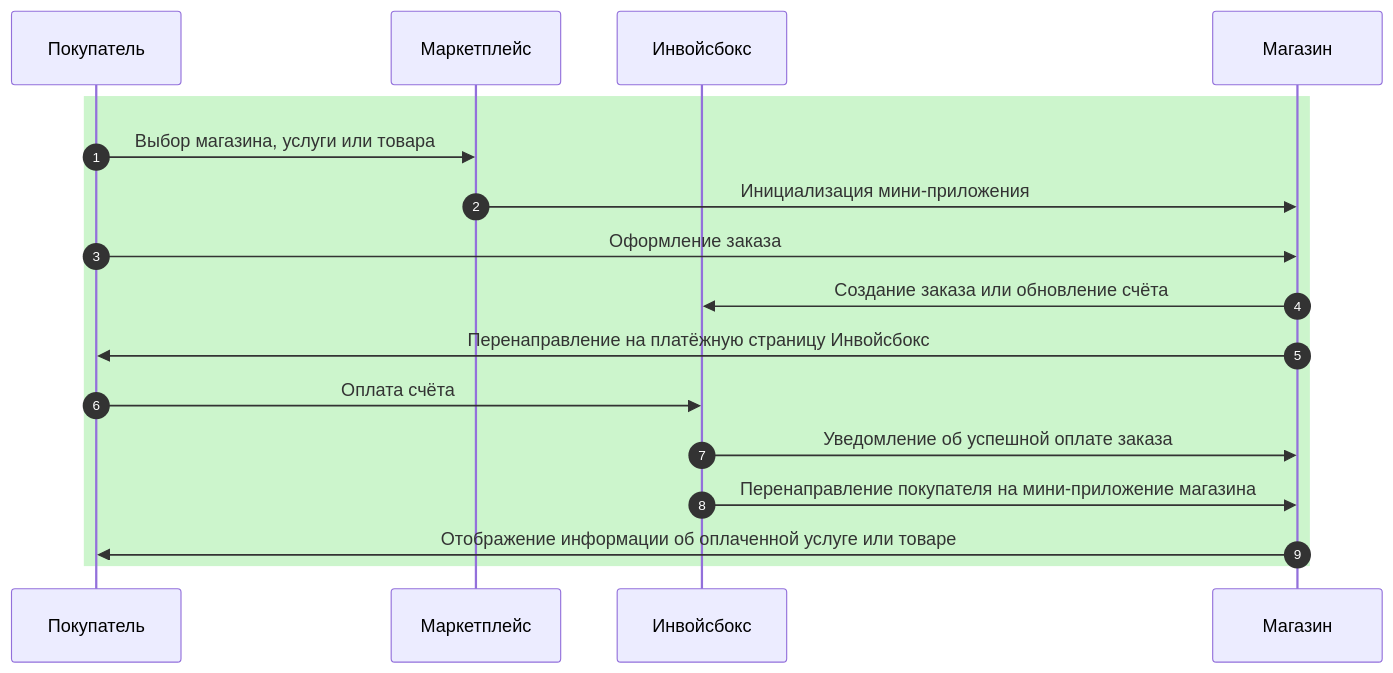
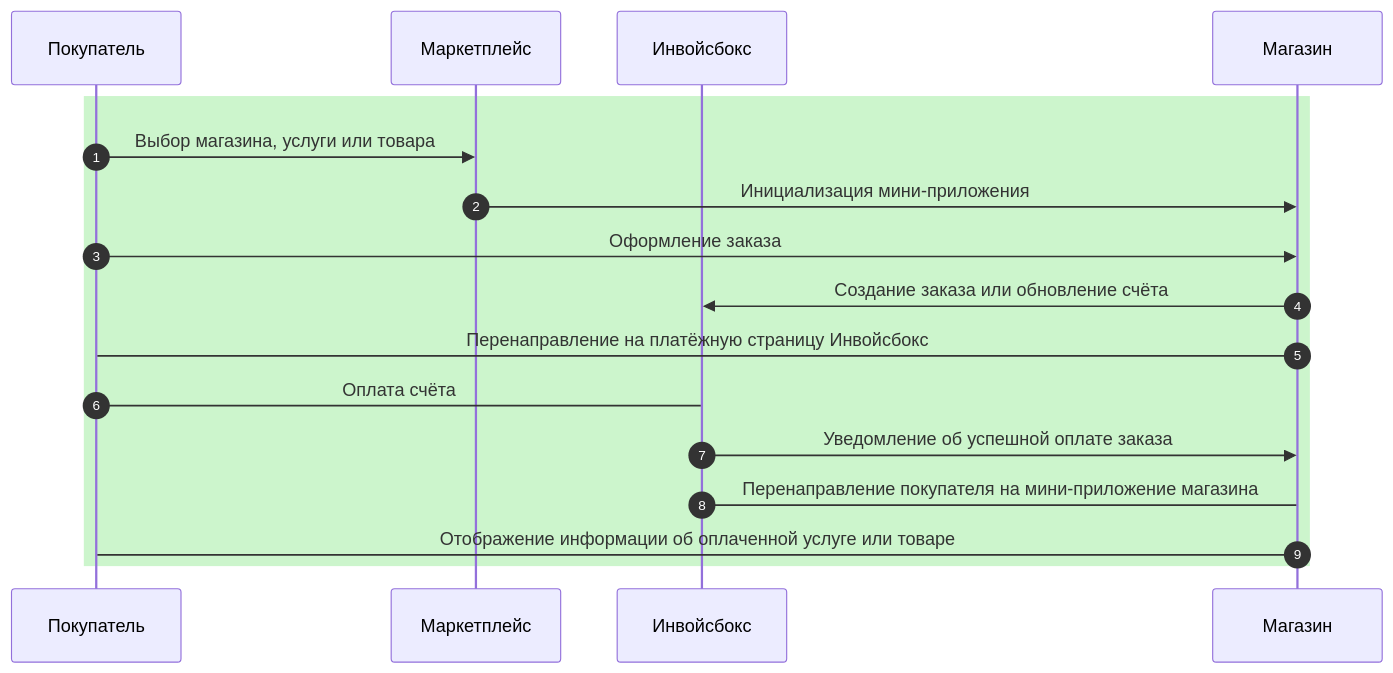
Before and after one commit to YIGRIKY/invoicebox-docs: the diagram in docs/marketplace/mini-apps/schema.md, drawn with Mermaid. The commit also changed other lines of this file, not shown here.

Commit message:
Schema improvement

```diff
--- a/docs/marketplace/mini-apps/schema.md
+++ b/docs/marketplace/mini-apps/schema.md
@@ -12,19 +12,19 @@
 <div class="mermaid">
 sequenceDiagram
     autonumber
     participant Покупатель
     participant Маркетплейс
     participant Инвойсбокс
     participant Магазин
     rect rgb(204, 245, 204)
       Покупатель->>Маркетплейс: Выбор магазина, услуги или товара
       Маркетплейс->>Магазин: Инициализация мини-приложения
       Покупатель->>Магазин: Оформление заказа
       Магазин->>Инвойсбокс: Создание заказа или обновление счёта
-      Магазин->>Покупатель: Перенаправление на платёжную страницу Инвойсбокс
-      Покупатель->>Инвойсбокс: Оплата счёта
+      Магазин->Покупатель: Перенаправление на платёжную страницу Инвойсбокс
+      Покупатель->Инвойсбокс: Оплата счёта
       Инвойсбокс->>Магазин: Уведомление об успешной оплате заказа
-      Инвойсбокс->>Магазин: Перенаправление покупателя на мини-приложение магазина
-      Магазин->>Покупатель: Отображение информации об оплаченной услуге или товаре
+      Инвойсбокс->Магазин: Перенаправление покупателя на мини-приложение магазина
+      Магазин->Покупатель: Отображение информации об оплаченной услуге или товаре
     end
 </div>
```
